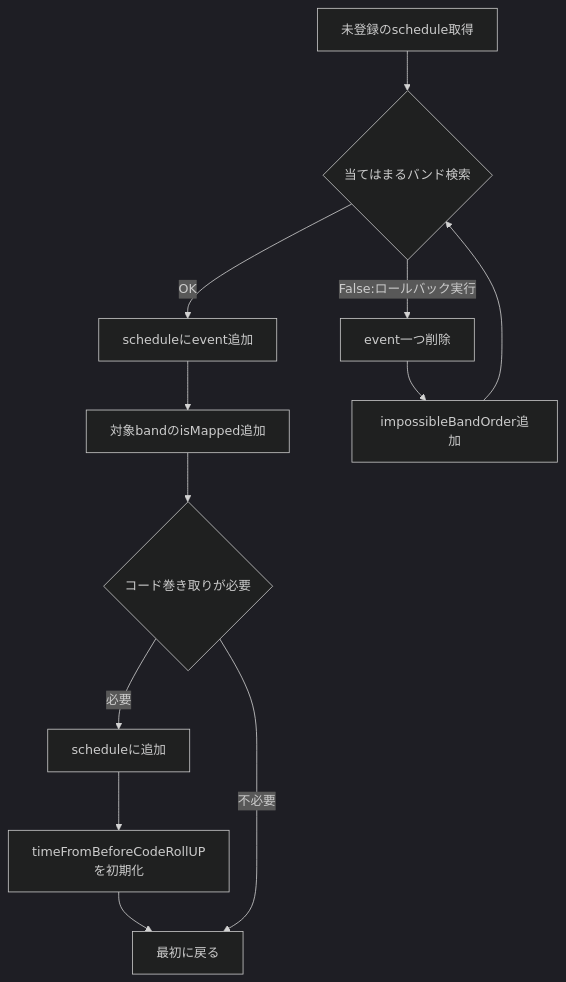
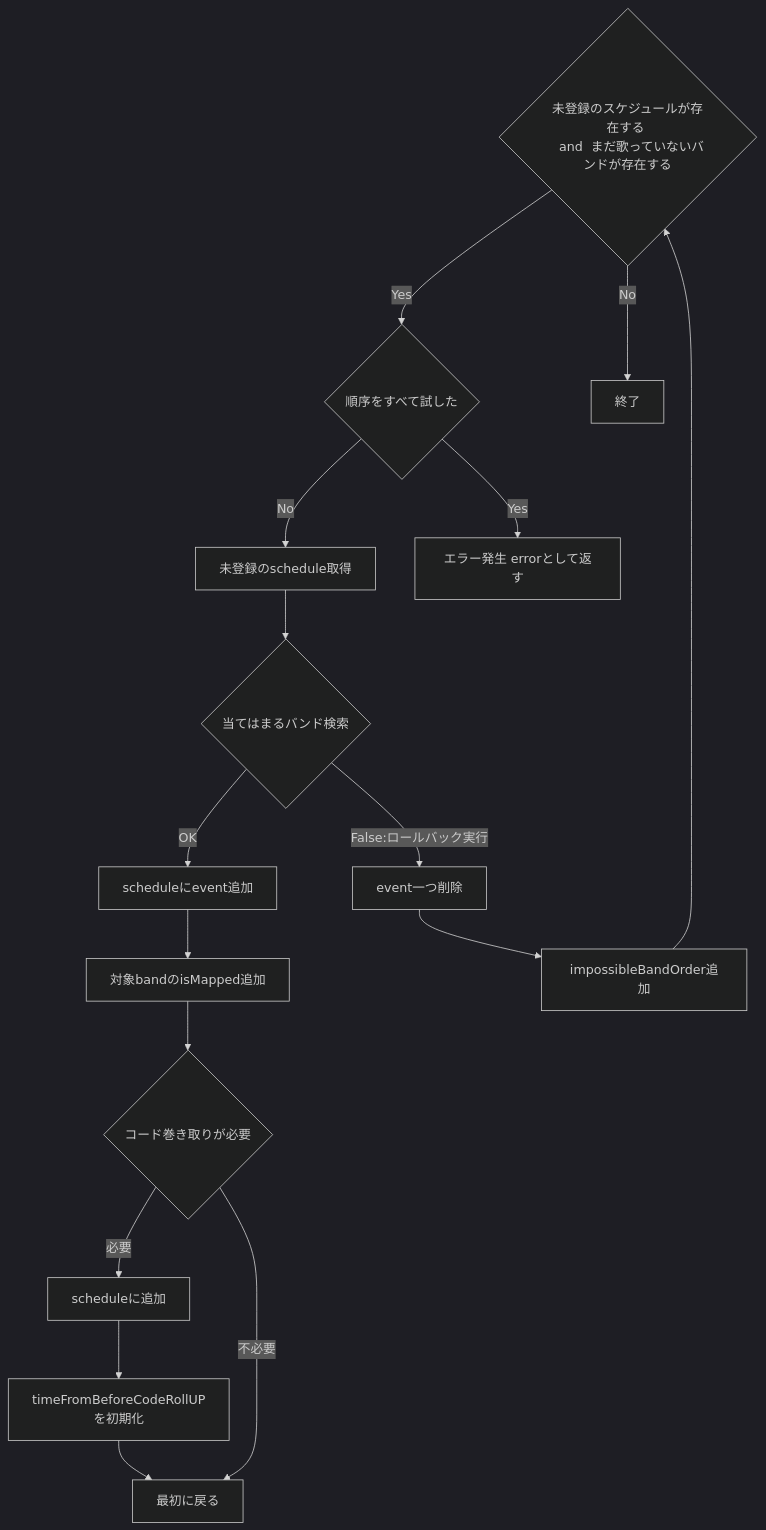
Before and after one commit to tekonfo/scheduleDefine: the first of 2 diagrams in README.md, drawn with Mermaid (dark theme). The commit also changed other lines of this file, not shown here.

Commit message:
全体を考慮したフローの設計

````diff
--- a/README.md
+++ b/README.md
@@ -103,11 +106,16 @@
 ```mermaid
 graph TD
+AA{未登録のスケジュールが存在する <br/>  and  まだ歌っていないバンドが存在する} --> |Yes| AB{順序をすべて試した}
+AA --> |No| END[終了]
+AB --> |No| A
+AB --> |Yes| BADEND[エラー発生 errorとして返す]
 A[未登録のschedule取得] --> B{当てはまるバンド検索}
 B --> |OK| C[scheduleにevent追加]
 C --> E[対象bandのisMapped追加]
 B --> |False:ロールバック実行| D[event一つ削除]
-D --> Z[impossibleBandOrder追加] --> B
+D --> Z[impossibleBandOrder追加]
+Z --> AA
 E --> F{コード巻き取りが必要}
 F --> |必要| G[scheduleに追加] --> H[timeFromBeforeCodeRollUPを初期化] --> I[最初に戻る]
 F --> |不必要| I
 ```
````
